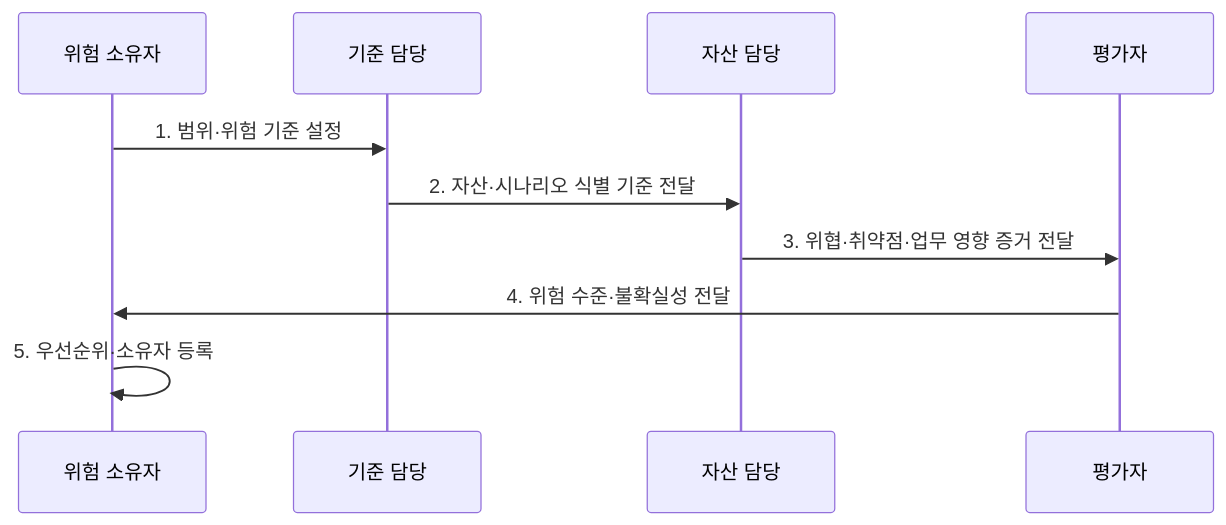
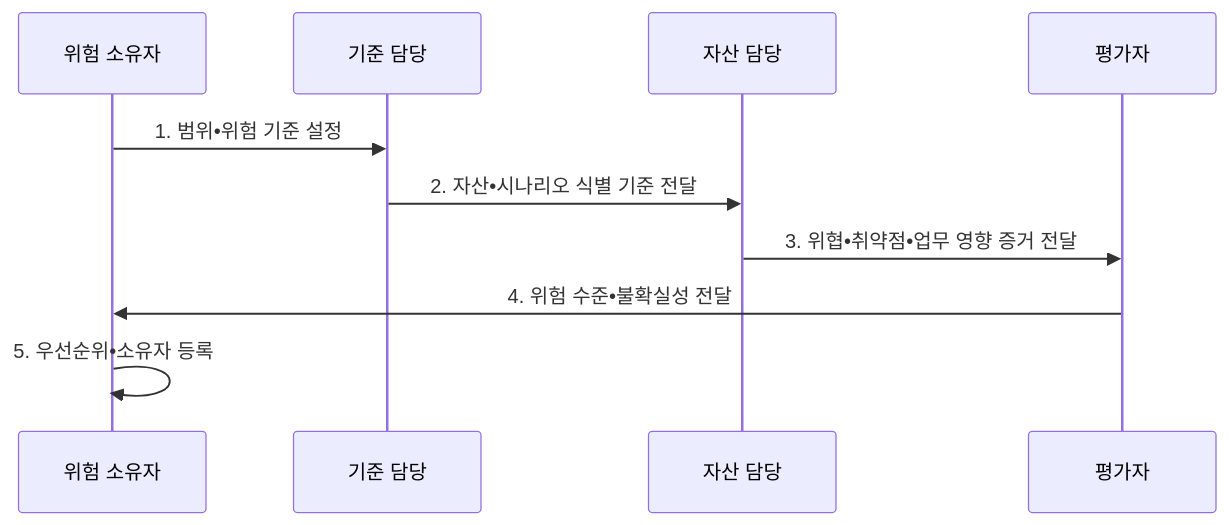
The second of 2 diagrams in src/content/docs/notes/05-security/108_information_security_risk_assessment.md (agnusdei1207/knowledge-base), drawn with Mermaid before and after one commit. The commit also changed other lines of this file and 953 other files, not shown here.

````diff
--- a/src/content/docs/notes/05-security/108_information_security_risk_assessment.md
+++ b/src/content/docs/notes/05-security/108_information_security_risk_assessment.md
@@ -98,12 +98,12 @@
 ```mermaid
 sequenceDiagram
   participant O as 위험 소유자
   participant C as 기준 담당
   participant A as 자산 담당
   participant E as 평가자
-  O->>C: 1. 범위·위험 기준 설정
-  C->>A: 2. 자산·시나리오 식별 기준 전달
-  A->>E: 3. 위협·취약점·업무 영향 증거 전달
-  E->>O: 4. 위험 수준·불확실성 전달
-  O->>O: 5. 우선순위·소유자 등록
+  O->>C: 1. 범위•위험 기준 설정
+  C->>A: 2. 자산•시나리오 식별 기준 전달
+  A->>E: 3. 위협•취약점•업무 영향 증거 전달
+  E->>O: 4. 위험 수준•불확실성 전달
+  O->>O: 5. 우선순위•소유자 등록
 ```
````
